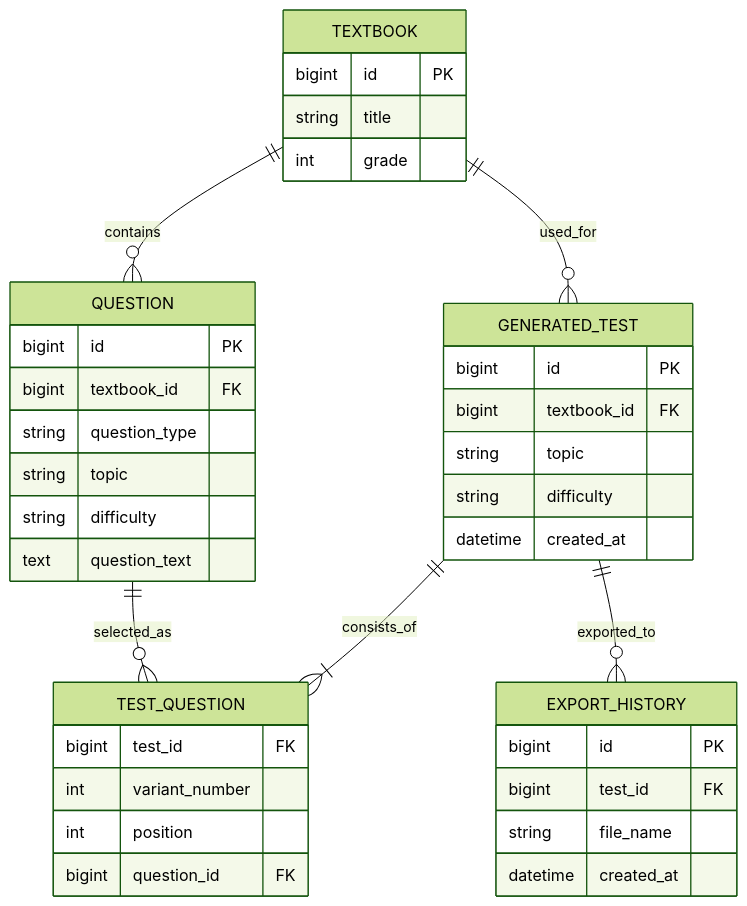
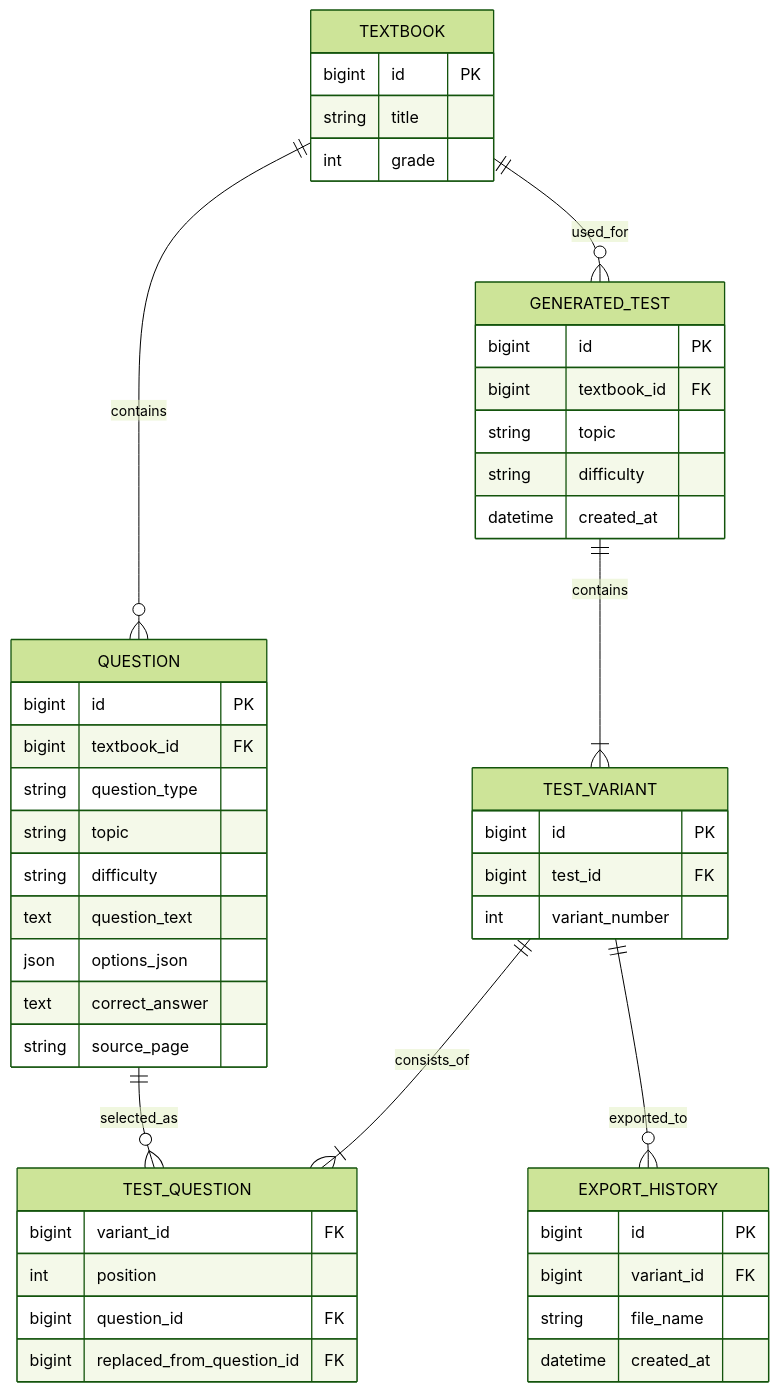
Before and after one commit to us6fu1/system-analysis: the first of 3 diagrams in README.md, drawn with Mermaid (forest theme). The commit also changed other lines of this file and 5 other files, not shown here.

````diff
--- a/README.md
+++ b/README.md
@@ -37,45 +58,50 @@
 ```mermaid
 erDiagram
     TEXTBOOK ||--o{ QUESTION : contains
     TEXTBOOK ||--o{ GENERATED_TEST : used_for
-    GENERATED_TEST ||--|{ TEST_QUESTION : consists_of
+    GENERATED_TEST ||--|{ TEST_VARIANT : contains
+    TEST_VARIANT ||--|{ TEST_QUESTION : consists_of
     QUESTION ||--o{ TEST_QUESTION : selected_as
-    GENERATED_TEST ||--o{ EXPORT_HISTORY : exported_to
+    TEST_VARIANT ||--o{ EXPORT_HISTORY : exported_to
 
     TEXTBOOK {
         bigint id PK
         string title
         int grade
     }
-
     QUESTION {
         bigint id PK
         bigint textbook_id FK
         string question_type
         string topic
         string difficulty
         text question_text
+        json options_json
+        text correct_answer
+        string source_page
     }
-
     GENERATED_TEST {
         bigint id PK
         bigint textbook_id FK
         string topic
         string difficulty
         datetime created_at
     }
-
-    TEST_QUESTION {
+    TEST_VARIANT {
+        bigint id PK
         bigint test_id FK
         int variant_number
+    }
+    TEST_QUESTION {
+        bigint variant_id FK
         int position
         bigint question_id FK
+        bigint replaced_from_question_id FK
     }
-
     EXPORT_HISTORY {
         bigint id PK
-        bigint test_id FK
+        bigint variant_id FK
         string file_name
         datetime created_at
     }
 ```
````
